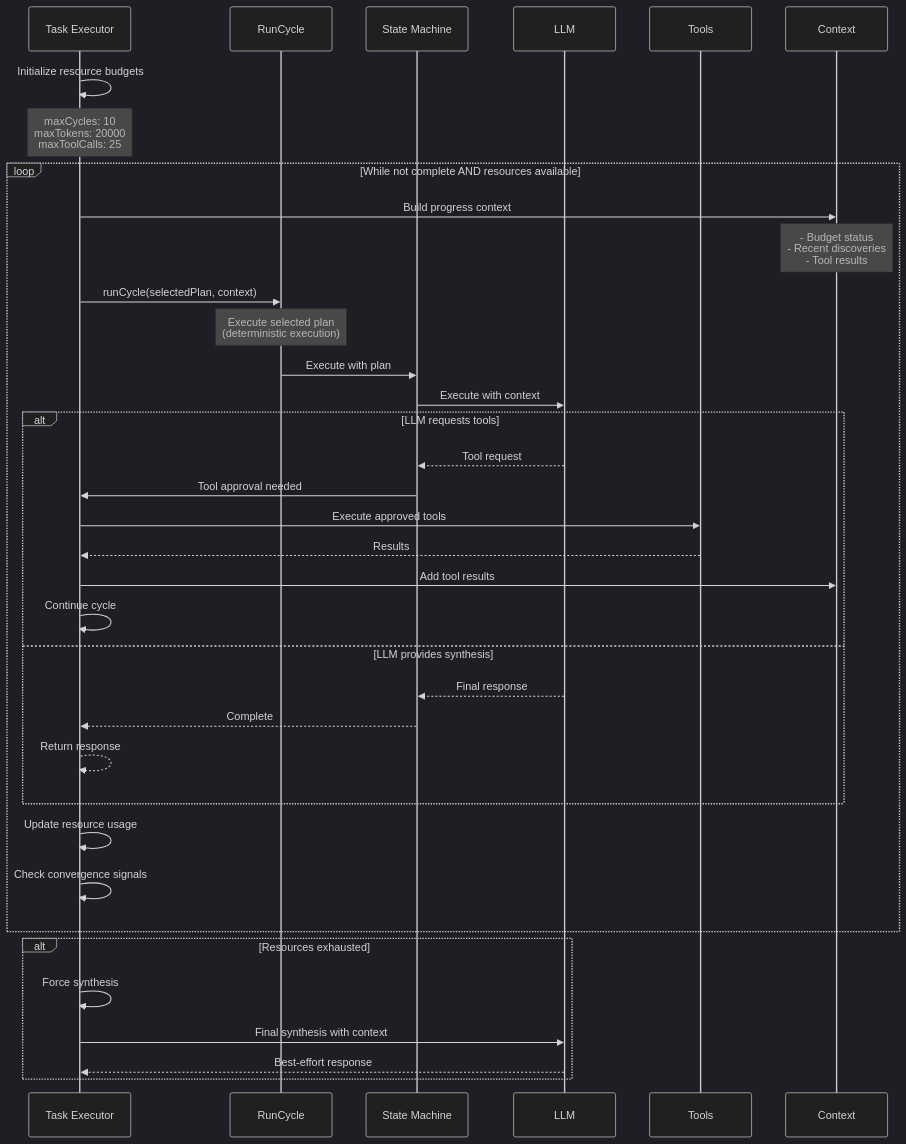
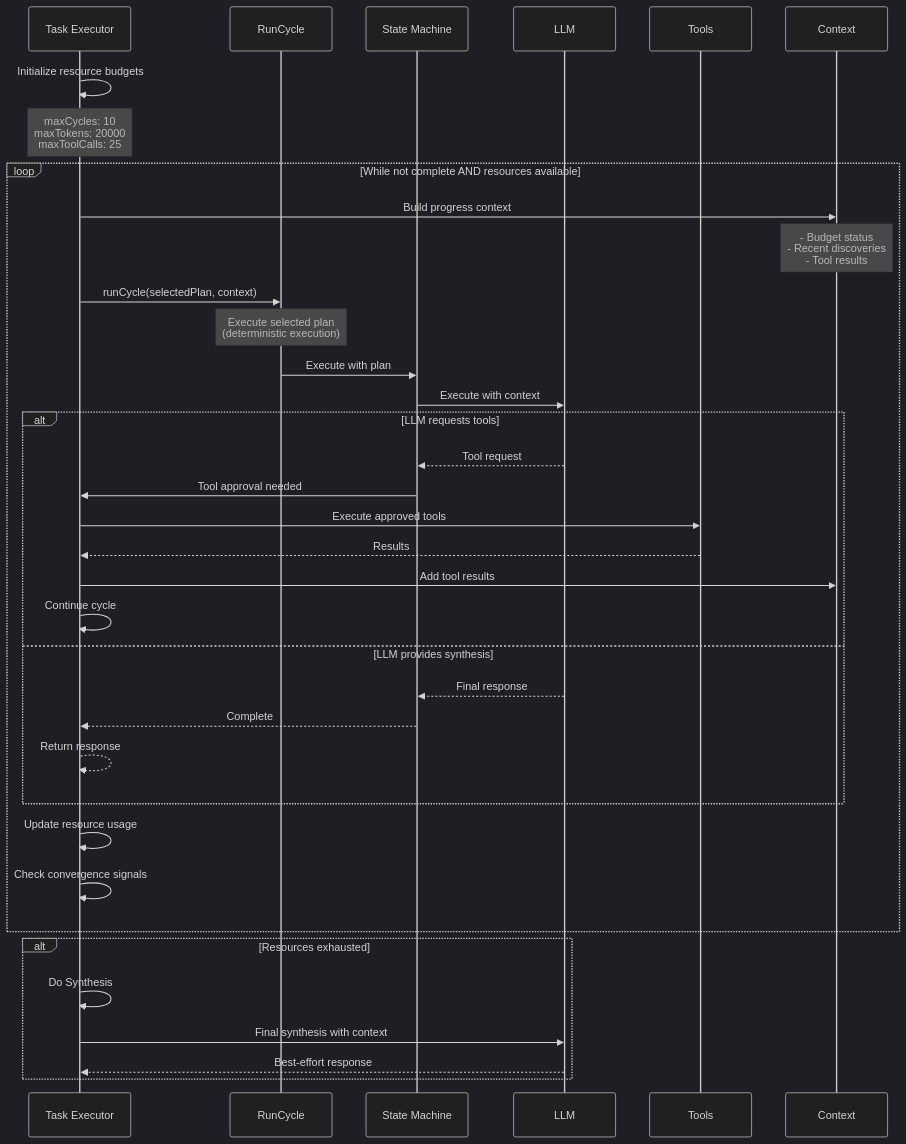
One commit to machellerogden/thinksuit changed the fifth of 6 diagrams in docs/execution-strategies.md. Above: the diagram before and after it, drawn with Mermaid (dark theme). The commit also changed other lines of this file and 54 other files, not shown here.

Commit message:
feat: Instrumenting sequences and task lifecycles with more English

````diff
--- a/docs/execution-strategies.md
+++ b/docs/execution-strategies.md
@@ -152,45 +152,45 @@
 ```mermaid
 sequenceDiagram
     participant Task as Task Executor
     participant Cycle as RunCycle
     participant SM as State Machine
     participant LLM
     participant Tools
     participant Context
 
     Task->>Task: Initialize resource budgets
     Note over Task: maxCycles: 10<br/>maxTokens: 20000<br/>maxToolCalls: 25
 
     loop While not complete AND resources available
         Task->>Context: Build progress context
         Note over Context: - Budget status<br/>- Recent discoveries<br/>- Tool results
 
         Task->>Cycle: runCycle(selectedPlan, context)
         Note over Cycle: Execute selected plan<br/>(deterministic execution)
 
         Cycle->>SM: Execute with plan
         SM->>LLM: Execute with context
 
         alt LLM requests tools
             LLM-->>SM: Tool request
             SM->>Task: Tool approval needed
             Task->>Tools: Execute approved tools
             Tools-->>Task: Results
             Task->>Context: Add tool results
             Task->>Task: Continue cycle
         else LLM provides synthesis
             LLM-->>SM: Final response
             SM-->>Task: Complete
             Task-->>Task: Return response
         end
 
         Task->>Task: Update resource usage
         Task->>Task: Check convergence signals
     end
 
     alt Resources exhausted
-        Task->>Task: Force synthesis
+        Task->>Task: Do Synthesis
         Task->>LLM: Final synthesis with context
         LLM-->>Task: Best-effort response
     end
 ```
````
